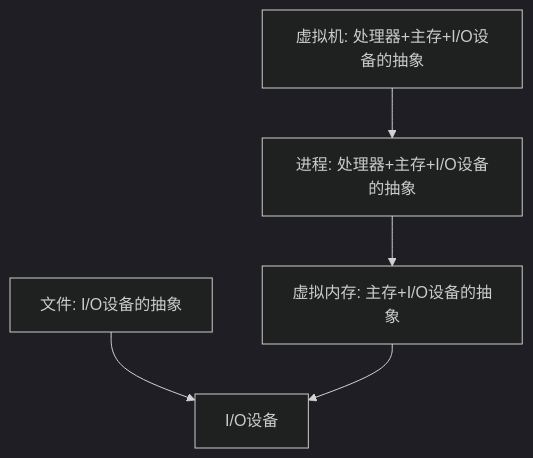
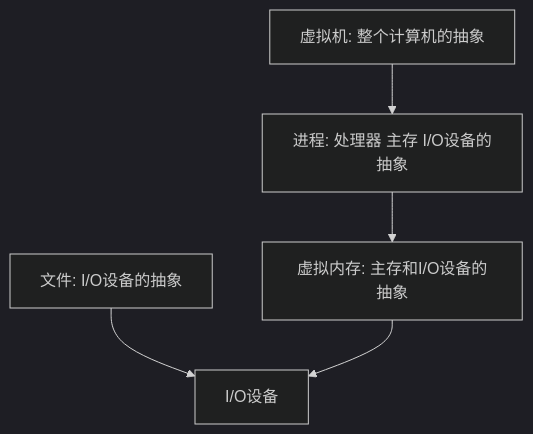
Before and after one commit to coswit/coswit.github.io: the third of 3 diagrams in CSAPP/01-计算机系统漫游.md, drawn with Mermaid (dark theme). The commit also changed other lines of this file and 4 other files, not shown here.

````diff
--- a/CSAPP/01-计算机系统漫游.md
+++ b/CSAPP/01-计算机系统漫游.md
@@ -171,7 +283,7 @@
 ```mermaid
 graph TB
-    FA[文件: I/O设备的抽象] --> IO[I/O设备]
-    VM[虚拟内存: 主存+I/O设备的抽象] --> IO
-    PR[进程: 处理器+主存+I/O设备的抽象] --> VM
-    VMM[虚拟机: 处理器+主存+I/O设备的抽象] --> PR
+    FILE[文件: I/O设备的抽象] --> IO[I/O设备]
+    VM[虚拟内存: 主存和I/O设备的抽象] --> IO
+    PR[进程: 处理器 主存 I/O设备的抽象] --> VM
+    VMM[虚拟机: 整个计算机的抽象] --> PR
 ```
````
